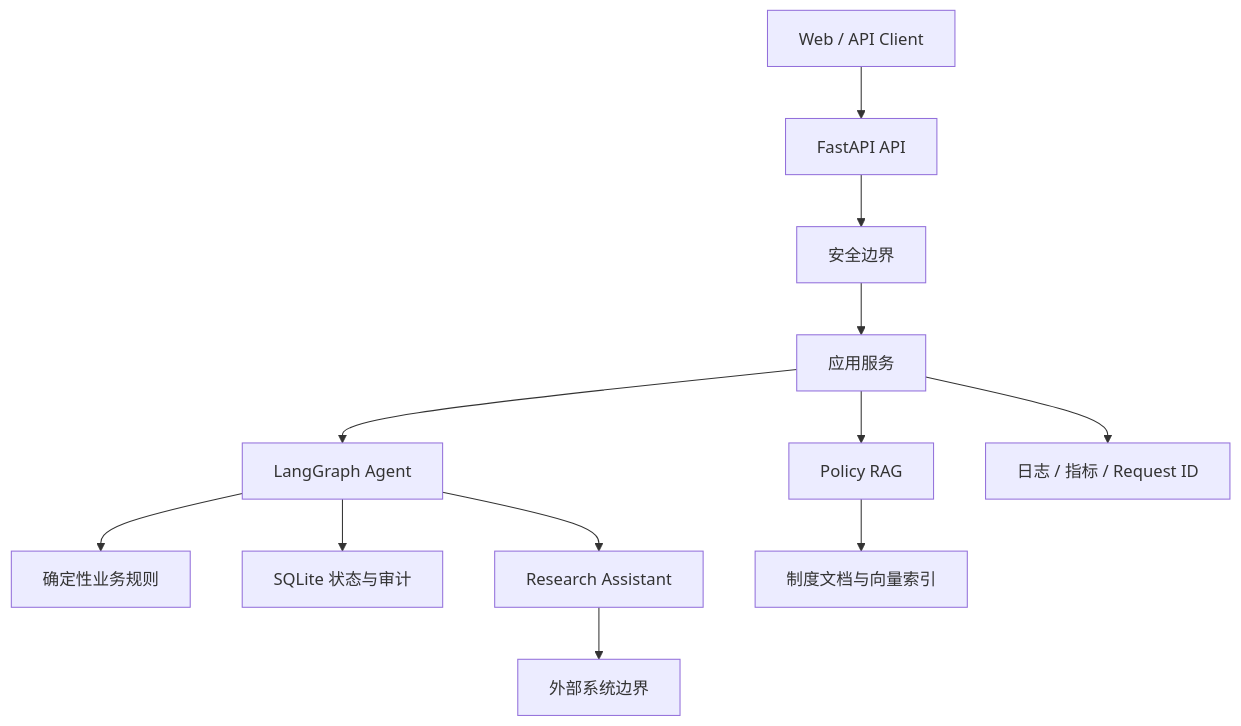
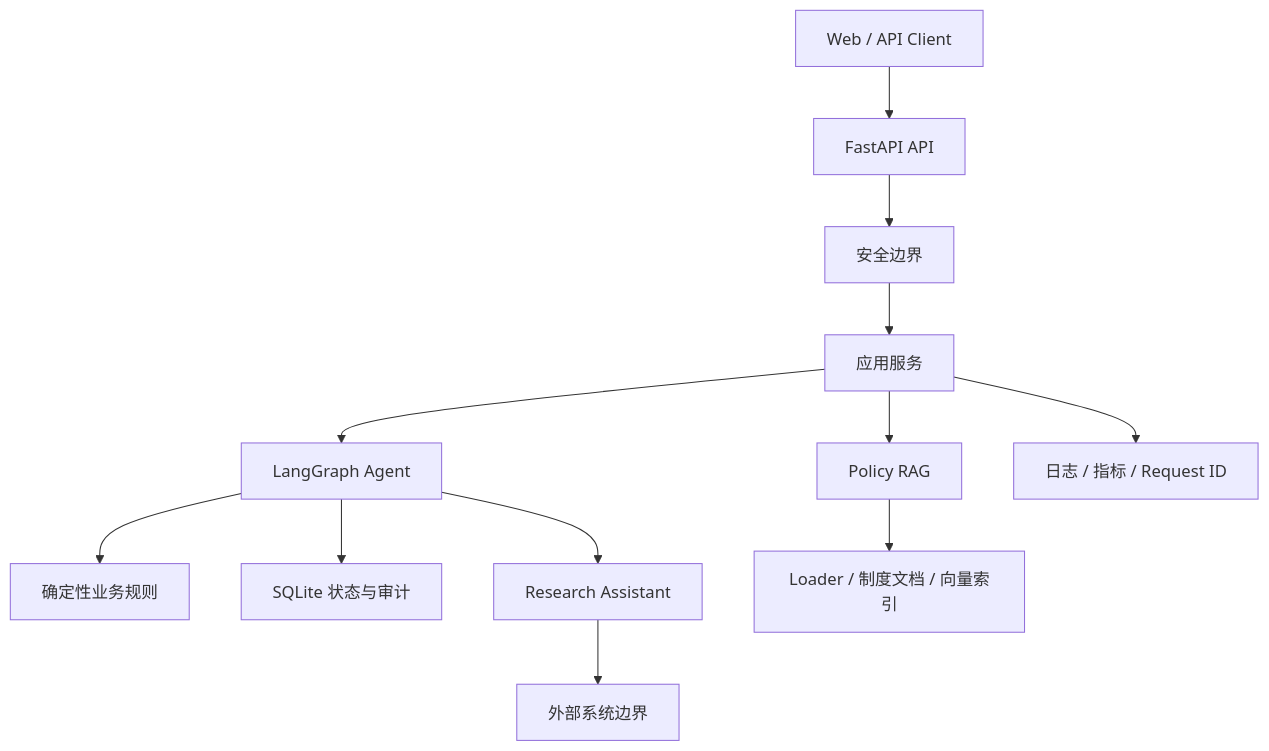
The first of 3 diagrams in docs/system_architecture.md (greyle12/enterprise-policy-agent), drawn with Mermaid before and after one commit. The commit also changed other lines of this file and 91 other files, not shown here.

````diff
--- a/docs/system_architecture.md
+++ b/docs/system_architecture.md
@@ -7,14 +7,14 @@
 ```mermaid
 flowchart TD
     Client["Web / API Client"] --> API["FastAPI API"]
     API --> Security["安全边界"]
     Security --> Services["应用服务"]
     Services --> Agent["LangGraph Agent"]
     Services --> RAG["Policy RAG"]
     Agent --> Rules["确定性业务规则"]
     Agent --> State["SQLite 状态与审计"]
     Agent --> Research["Research Assistant"]
-    RAG --> Policies["制度文档与向量索引"]
+    RAG --> Policies["Loader / 制度文档 / 向量索引"]
     Research --> External["外部系统边界"]
     Services --> Observe["日志 / 指标 / Request ID"]
 ```
````
